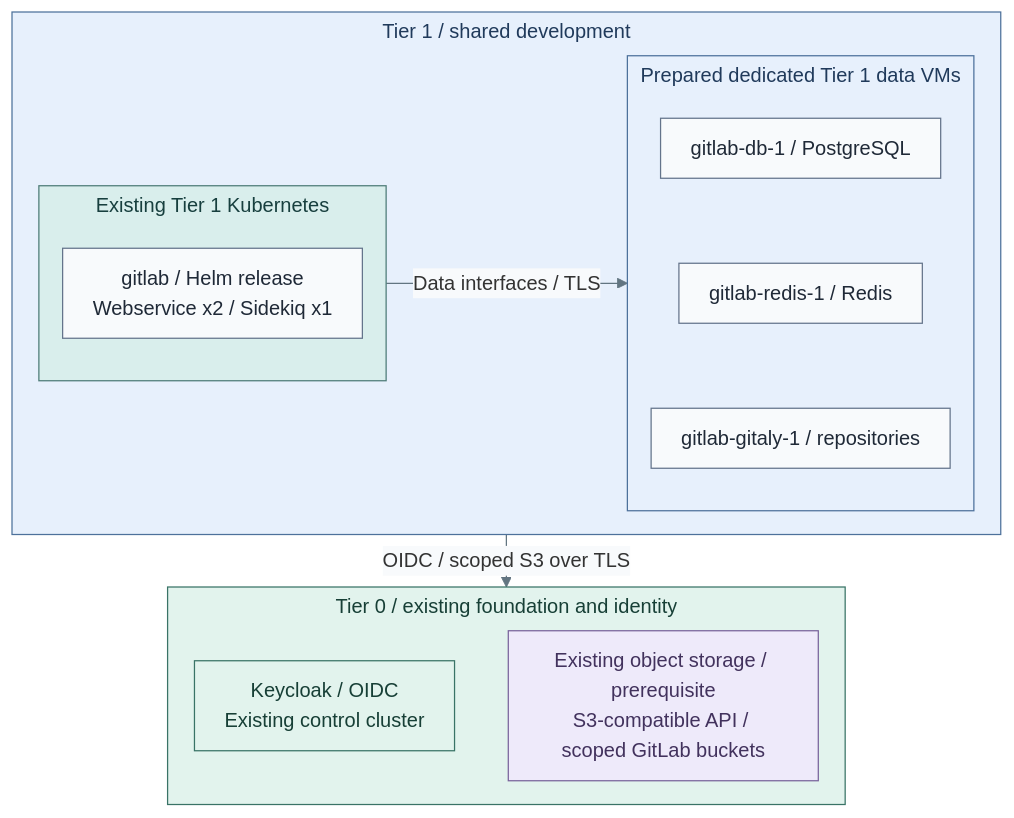
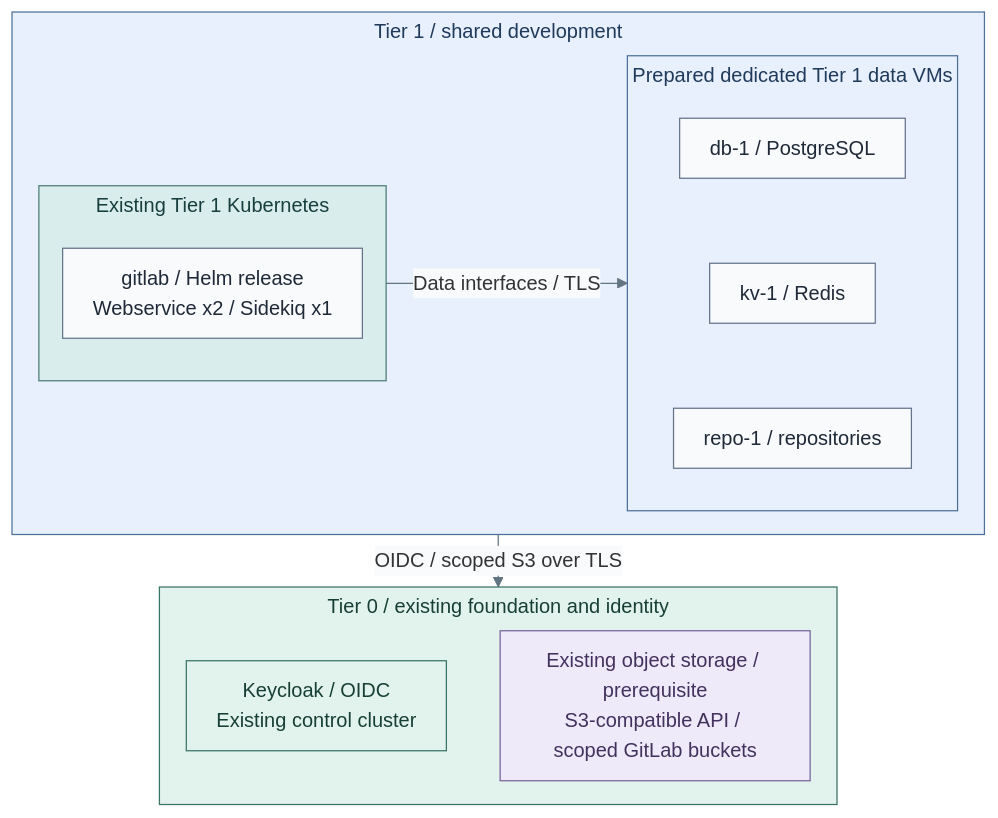
Before and after one commit to Rexus/homelab: the first of 3 diagrams in docs/deployment/stage-9-development/README.md, drawn with Mermaid. The commit also changed other lines of this file and 78 other files, not shown here.

````diff
--- a/docs/deployment/stage-9-development/README.md
+++ b/docs/deployment/stage-9-development/README.md
@@ -44,34 +44,34 @@
 ```mermaid
 %%{init: {"theme":"base","flowchart":{"nodeSpacing":18,"rankSpacing":18,"padding":12,"subGraphTitleMargin":{"top":4,"bottom":12}},"themeVariables":{"lineColor":"#627581","edgeLabelBackground":"#f8fafc"}}}%%
 flowchart TB
   subgraph T1["Tier 1 / shared development"]
     direction LR
     subgraph Cluster["Existing Tier 1 Kubernetes"]
       Git["gitlab / Helm release<br/>Webservice x2 / Sidekiq x1"]
     end
     subgraph Data["Prepared dedicated Tier 1 data VMs"]
       direction TB
-      DB["gitlab-db-1 / PostgreSQL"]
-      Cache["gitlab-redis-1 / Redis"]
-      Repos["gitlab-gitaly-1 / repositories"]
+      DB["db-1 / PostgreSQL"]
+      Cache["kv-1 / Redis"]
+      Repos["repo-1 / repositories"]
       DB ~~~ Cache ~~~ Repos
     end
     Cluster -->|Data interfaces / TLS| Data
   end
   subgraph T0["Tier 0 / existing foundation and identity"]
     direction LR
     IdP["Keycloak / OIDC<br/>Existing control cluster"]
     Objects["Existing object storage / prerequisite<br/>S3-compatible API / scoped GitLab buckets"]
     IdP ~~~ Objects
   end
   T1 -->|OIDC / scoped S3 over TLS| T0
   classDef default fill:#f8fafc,stroke:#64748b,color:#1f2937
   classDef services fill:#e7f0fc,stroke:#4d719b,color:#203a5b
   classDef runtime fill:#d9eeec,stroke:#4d7b77,color:#173f3e
   classDef control fill:#e2f3ed,stroke:#397366,color:#173f36
   classDef data fill:#eeeafa,stroke:#78639b,color:#42325d
   class T1,Data services
   class Cluster runtime
   class T0,IdP control
   class Objects data
 ```
````
